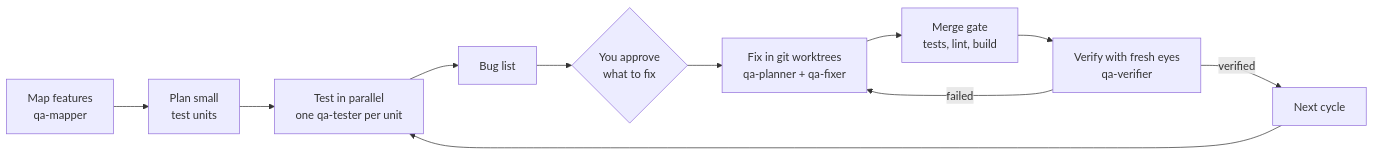
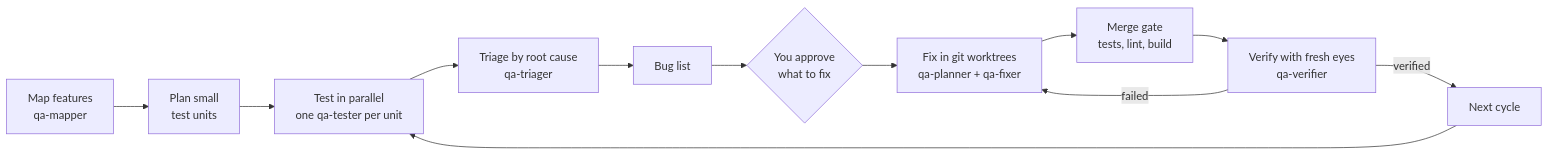
One commit to DrunkenDealer/claude-code-qa-cycle changed the diagram in README.md. Above: the diagram before and after it, drawn with Mermaid. The commit also changed other lines of this file and 2 other files, not shown here.

Commit message:
feat: qa-cycle qa-triager agent groups a batch of findings by root cause, folds duplicates and drops what no real user reaches

````diff
--- a/README.md
+++ b/README.md
@@ -33,13 +33,14 @@
 ```mermaid
 flowchart LR
     A[Map features<br/>qa-mapper] --> B[Plan small<br/>test units]
     B --> C[Test in parallel<br/>one qa-tester per unit]
-    C --> D[Bug list]
+    C --> TR[Triage by root cause<br/>qa-triager]
+    TR --> D[Bug list]
     D --> G{You approve<br/>what to fix}
     G --> E[Fix in git worktrees<br/>qa-planner + qa-fixer]
     E --> F[Merge gate<br/>tests, lint, build]
     F --> V[Verify with fresh eyes<br/>qa-verifier]
     V -- failed --> E
     V -- verified --> N[Next cycle]
     N --> C
 ```
````
